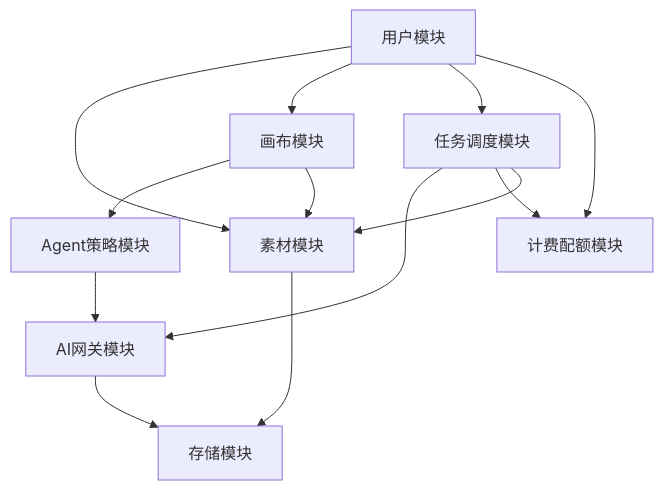
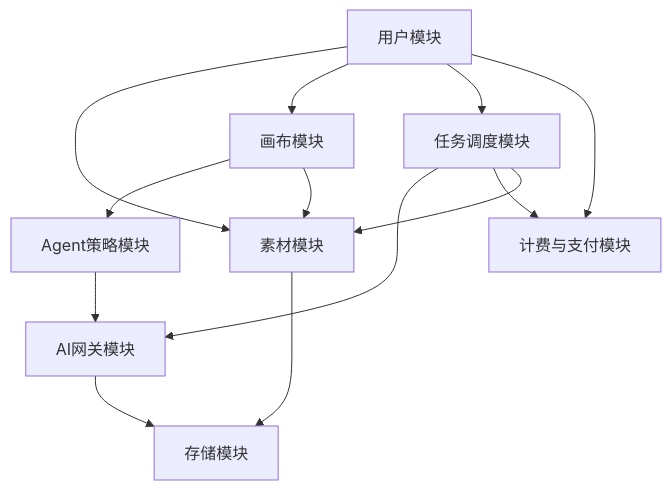
One commit to fairyspace/x-media changed the second of 2 diagrams in docs/module-map.md. Above: the diagram before and after it, drawn with Mermaid. The commit also changed other lines of this file and 8 other files, not shown here.

````diff
--- a/docs/module-map.md
+++ b/docs/module-map.md
@@ -53,18 +53,18 @@
 ```mermaid
 flowchart TD
     user[用户模块] --> asset[素材模块]
     user --> canvas[画布模块]
     user --> task[任务调度模块]
-    user --> quota[计费配额模块]
+    user --> quota[计费与支付模块]
 
     canvas --> agent[Agent策略模块]
     canvas --> asset
 
     agent --> gateway[AI网关模块]
     task --> gateway
     task --> quota
     task --> asset
 
     gateway --> storage[存储模块]
     asset --> storage
 ```
````
